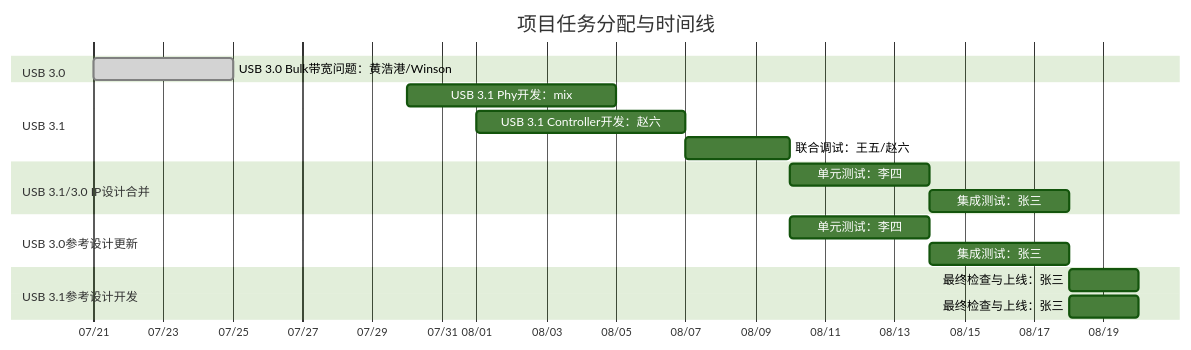
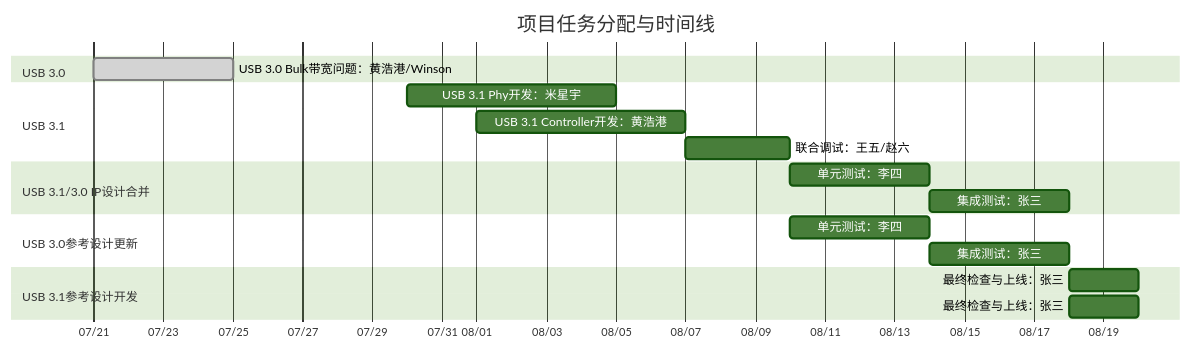
Before and after one commit to winsonbook/iodraw-files: the diagram in all/未命名.md, drawn with Mermaid (forest theme).

Commit message:
2025-07-21 09:50:25 update

````diff
--- a/all/未命名.md
+++ b/all/未命名.md
@@ -1,29 +1,29 @@
 ```mermaid
 gantt
     title 项目任务分配与时间线
     dateFormat  YYYY-MM-DD
     axisFormat  %m/%d
 
     section USB 3.0
     USB 3.0 Bulk带宽问题：黄浩港/Winson   :done,    task1, 2025-07-21, 4d
 
     section USB 3.1
-    USB 3.1 Phy开发：mix      :         task3, 2025-07-30, 6d
-    USB 3.1 Controller开发：赵六      :         task4, 2025-08-01, 6d
+    USB 3.1 Phy开发：米星宇      :         task3, 2025-07-30, 6d
+    USB 3.1 Controller开发：黄浩港      :         task4, 2025-08-01, 6d
     联合调试：王五/赵六  :         task5, 2025-08-07, 3d
 
     section USB 3.1/3.0 IP设计合并
     单元测试：李四       :         task6, 2025-08-10, 4d
     集成测试：张三       :         task7, 2025-08-14, 4d
 
     section USB 3.0参考设计更新
     单元测试：李四       :         task6, 2025-08-10, 4d
     集成测试：张三       :         task7, 2025-08-14, 4d
 
     section USB 3.1参考设计开发
     最终检查与上线：张三 :         task8, 2025-08-18, 2d
 
     section USB 3.1参考设计开发
     最终检查与上线：张三 :         task8, 2025-08-18, 2d
 
 ```
````
